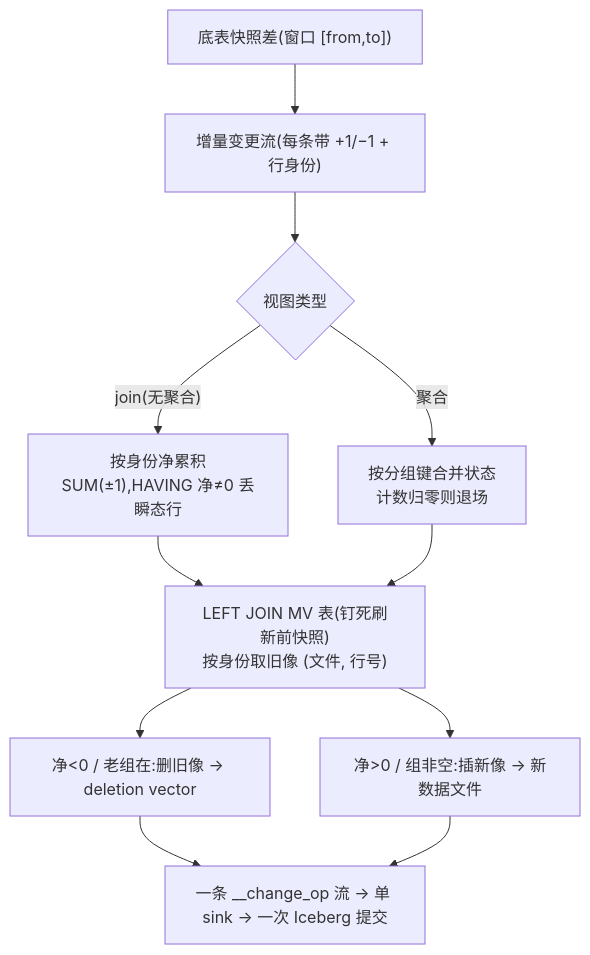
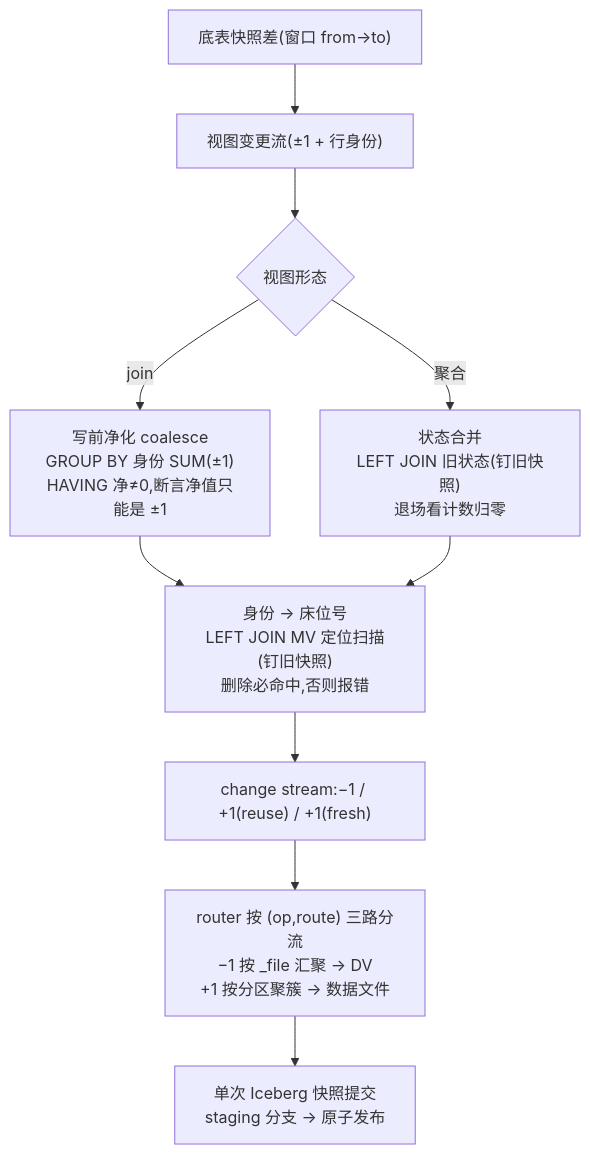
Before and after one commit to HangyuanLiu/NovaRocks: the diagram in docs/blog/applying-incremental-changes-to-iceberg-materialized-views.md, drawn with Mermaid. The commit also changed other lines of this file, not shown here.

````diff
--- a/docs/blog/applying-incremental-changes-to-iceberg-materialized-views.md
+++ b/docs/blog/applying-incremental-changes-to-iceberg-materialized-views.md
@@ -301,13 +485,12 @@
 ```mermaid
 flowchart TD
-  A["底表快照差(窗口 [from,to])"] --> B["增量变更流(每条带 +1/−1 + 行身份)"]
-  B --> C{"视图类型"}
-  C -->|"join(无聚合)"| D["按身份净累积<br/>SUM(±1),HAVING 净≠0 丢瞬态行"]
-  C -->|"聚合"| E["按分组键合并状态<br/>计数归零则退场"]
-  D --> F["LEFT JOIN MV 表(钉死刷新前快照)<br/>按身份取旧像 (文件, 行号)"]
+  A["底表快照差(窗口 from→to)"] --> B["视图变更流(±1 + 行身份)"]
+  B --> C{"视图形态"}
+  C -->|join| D["写前净化 coalesce<br/>GROUP BY 身份 SUM(±1)<br/>HAVING 净≠0,断言净值只能是 ±1"]
+  C -->|聚合| E["状态合并<br/>LEFT JOIN 旧状态(钉旧快照)<br/>退场看计数归零"]
+  D --> F["身份 → 床位号<br/>LEFT JOIN MV 定位扫描(钉旧快照)<br/>删除必命中,否则报错"]
   E --> F
-  F --> G["净<0 / 老组在:删旧像 → deletion vector"]
-  F --> H["净>0 / 组非空:插新像 → 新数据文件"]
-  G --> I["一条 __change_op 流 → 单 sink → 一次 Iceberg 提交"]
-  H --> I
+  F --> G["change stream:−1 / +1(reuse) / +1(fresh)"]
+  G --> H["router 按 (op,route) 三路分流<br/>−1 按 _file 汇聚 → DV<br/>+1 按分区聚簇 → 数据文件"]
+  H --> I["单次 Iceberg 快照提交<br/>staging 分支 → 原子发布"]
 ```
````
